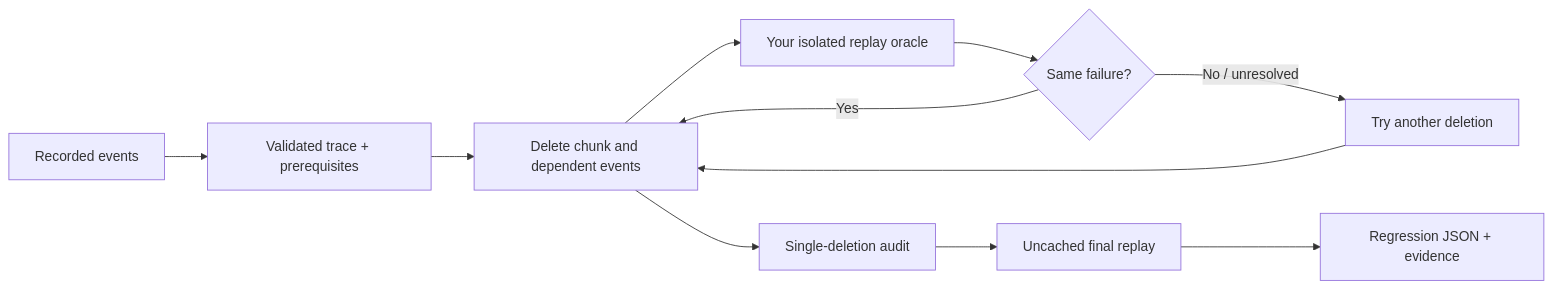
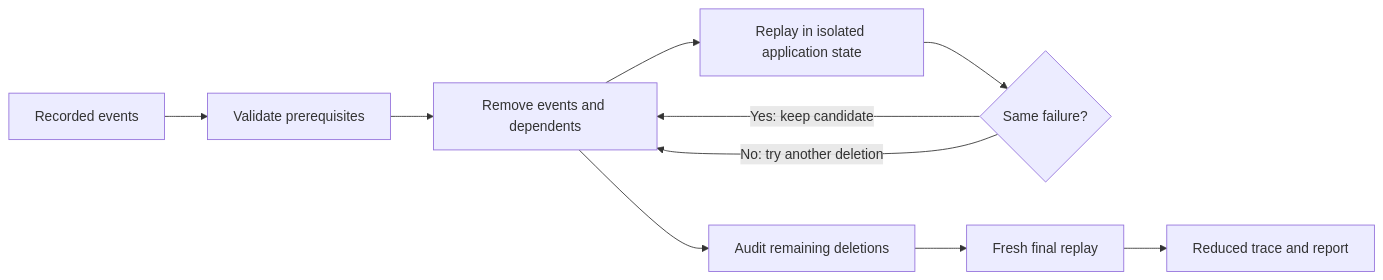
Before and after one commit to shi1720/casecrop: the diagram in README.md, drawn with Mermaid. The commit also changed other lines of this file and 26 other files, not shown here.

````diff
--- a/README.md
+++ b/README.md
@@ -150,13 +121,12 @@
 ```mermaid
 flowchart LR
-    A[Recorded events] --> B[Validated trace + prerequisites]
-    B --> C[Delete chunk and dependent events]
-    C --> D[Your isolated replay oracle]
+    A[Recorded events] --> B[Validate prerequisites]
+    B --> C[Remove events and dependents]
+    C --> D[Replay in isolated application state]
     D --> E{Same failure?}
-    E -->|Yes| C
-    E -->|No / unresolved| F[Try another deletion]
-    F --> C
-    C --> G[Single-deletion audit]
-    G --> H[Uncached final replay]
-    H --> I[Regression JSON + evidence]
+    E -->|Yes: keep candidate| C
+    E -->|No: try another deletion| C
+    C --> F[Audit remaining deletions]
+    F --> G[Fresh final replay]
+    G --> H[Reduced trace and report]
 ```
````
